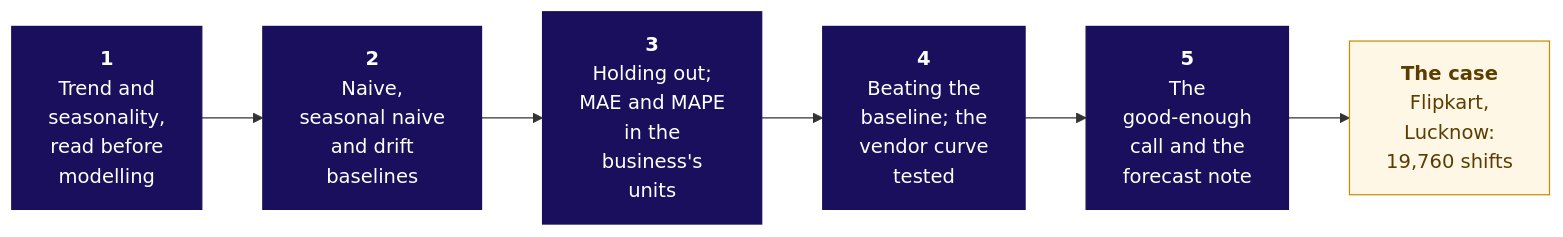
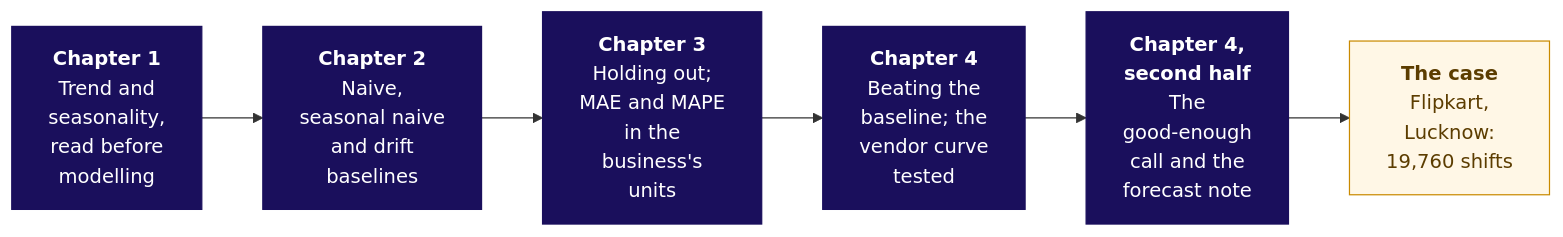
One commit to fde-academy-lab/c2-content-factory changed the diagram in content/W04/D5/cheatsheets/C2_W04_D05_forecasting_basics_STUDENT.md. Above: the diagram before and after it, drawn with Mermaid. The commit also changed other lines of this file and 5 other files, not shown here.

````diff
--- a/content/W04/D5/cheatsheets/C2_W04_D05_forecasting_basics_STUDENT.md
+++ b/content/W04/D5/cheatsheets/C2_W04_D05_forecasting_basics_STUDENT.md
@@ -7,12 +7,12 @@
 ```mermaid
 flowchart LR
-    T1["<b>1</b><br/>Trend and<br/>seasonality,<br/>read before<br/>modelling"] --> T2["<b>2</b><br/>Naive,<br/>seasonal naive<br/>and drift<br/>baselines"]
-    T2 --> T3["<b>3</b><br/>Holding out;<br/>MAE and MAPE<br/>in the<br/>business's<br/>units"]
-    T3 --> T4["<b>4</b><br/>Beating the<br/>baseline; the<br/>vendor curve<br/>tested"]
-    T4 --> T5["<b>5</b><br/>The<br/>good-enough<br/>call and the<br/>forecast note"]
+    T1["<b>Chapter 1</b><br/>Trend and<br/>seasonality,<br/>read before<br/>modelling"] --> T2["<b>Chapter 2</b><br/>Naive,<br/>seasonal naive<br/>and drift<br/>baselines"]
+    T2 --> T3["<b>Chapter 3</b><br/>Holding out;<br/>MAE and MAPE<br/>in the<br/>business's<br/>units"]
+    T3 --> T4["<b>Chapter 4</b><br/>Beating the<br/>baseline; the<br/>vendor curve<br/>tested"]
+    T4 --> T5["<b>Chapter 4,</b><br/><b>second half</b><br/>The<br/>good-enough<br/>call and the<br/>forecast note"]
     T5 --> C["<b>The case</b><br/>Flipkart,<br/>Lucknow:<br/>19,760 shifts"]
     classDef lit fill:#1A0F5C,stroke:#1A0F5C,color:#FFFFFF
     classDef kalpa fill:#FFF7E6,stroke:#C98A00,color:#5C3D00
     class T1,T2,T3,T4,T5 lit
     class C kalpa
 ```
````
